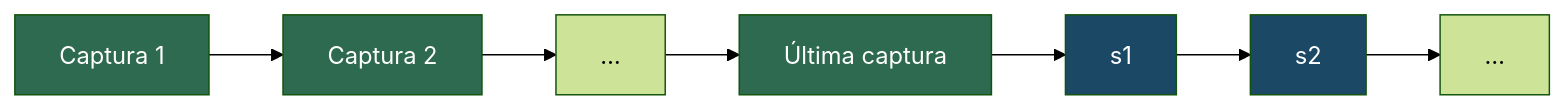
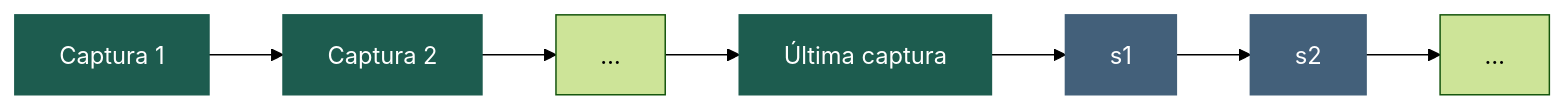
One commit to jordiordonez/sorteig_fauna changed the sixth of 6 diagrams in manual.md. Above: the diagram before and after it, drawn with Mermaid (forest theme). The commit also changed 7 other files, not shown here.

````diff
--- a/manual.md
+++ b/manual.md
@@ -413,11 +413,11 @@
 ```mermaid
 flowchart LR
     A["Captura 1"] --> B["Captura 2"] --> C["…"] --> D["Última captura"]
     D --> E["s1"] --> F["s2"] --> G["…"]
 
-    style A fill:#2d6a4f,color:#fff
-    style B fill:#2d6a4f,color:#fff
-    style D fill:#2d6a4f,color:#fff
-    style E fill:#1b4965,color:#fff
-    style F fill:#1b4965,color:#fff
+    style A fill:#1D5C4F,color:#fff,stroke:#1D5C4F
+    style B fill:#1D5C4F,color:#fff,stroke:#1D5C4F
+    style D fill:#1D5C4F,color:#fff,stroke:#1D5C4F
+    style E fill:#43607A,color:#fff,stroke:#43607A
+    style F fill:#43607A,color:#fff,stroke:#43607A
 ```
````
